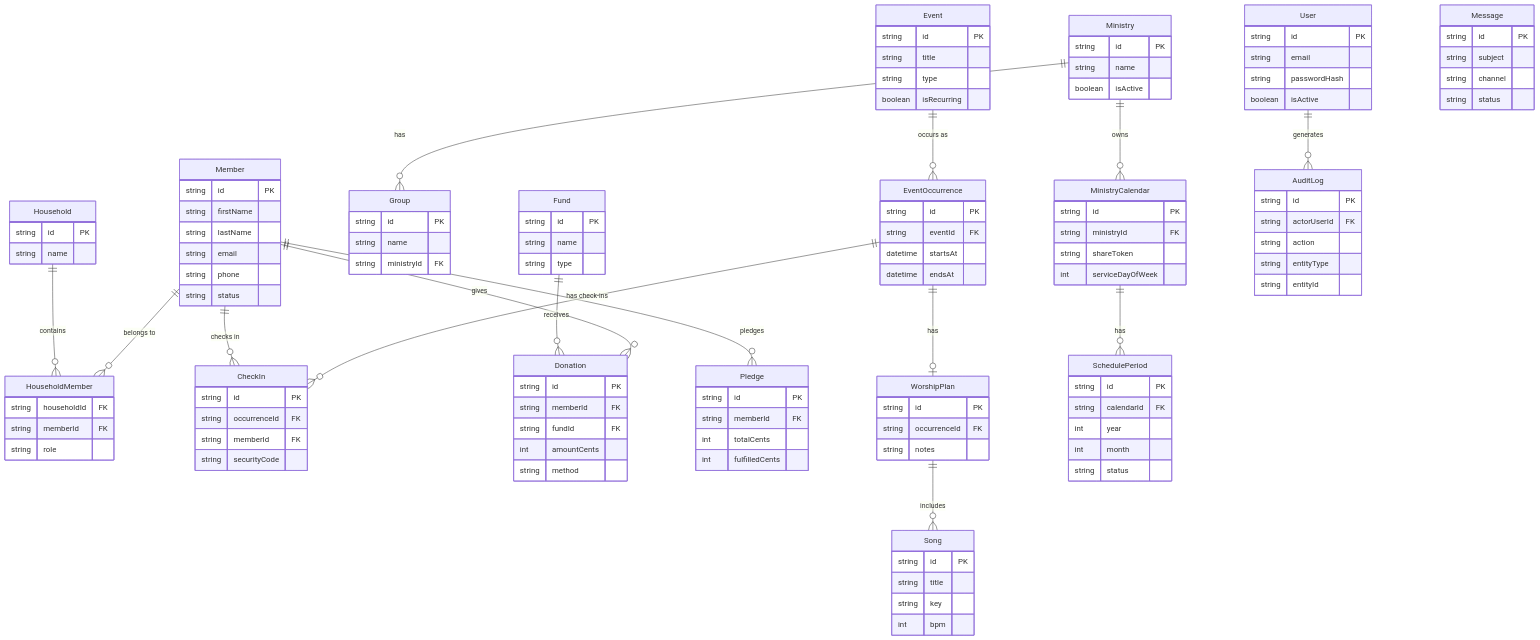
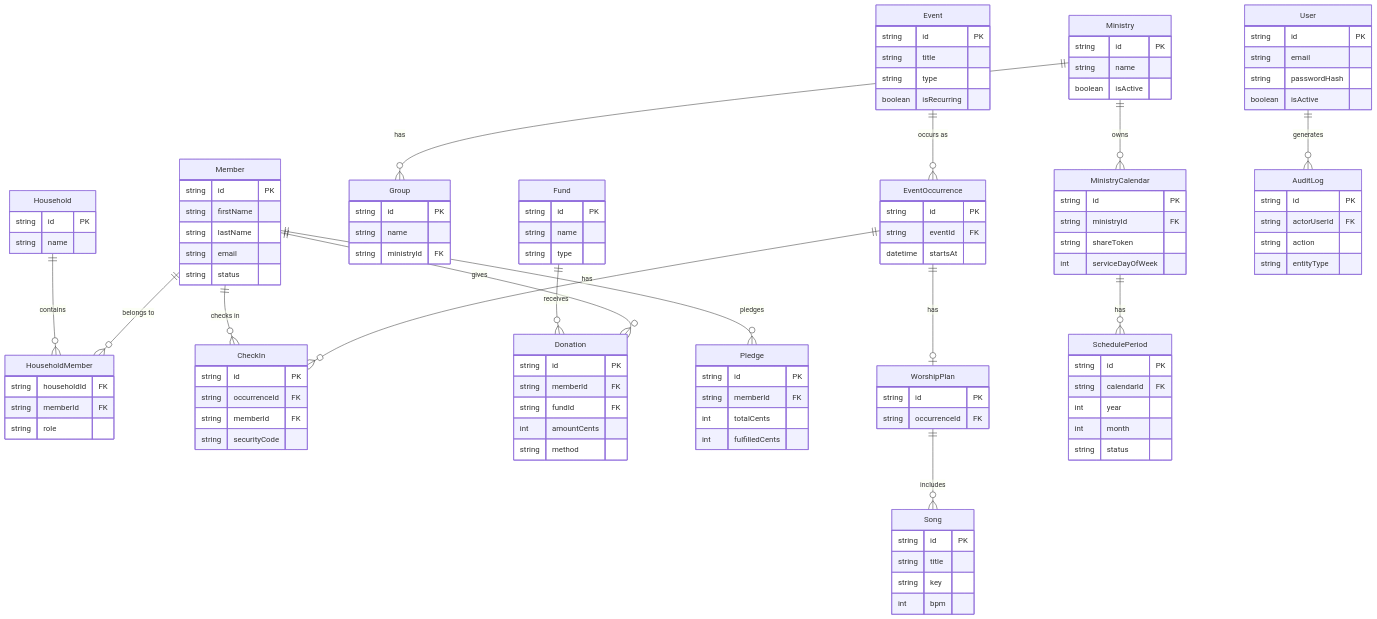
Before and after one commit to 24Skater/StewardChMS: the third of 7 diagrams in README.md, drawn with Mermaid. The commit also changed other lines of this file and 22 other files, not shown here.

```diff
--- a/README.md
+++ b/README.md
@@ -321,7 +297,6 @@
         string firstName
         string lastName
         string email
-        string phone
         string status
     }
     Household {
@@ -353,7 +328,6 @@
         string id PK
         string eventId FK
         datetime startsAt
-        datetime endsAt
     }
     CheckIn {
         string id PK
@@ -388,7 +362,6 @@
     WorshipPlan {
         string id PK
         string occurrenceId FK
-        string notes
     }
     MinistryCalendar {
         string id PK
@@ -403,25 +376,18 @@
         int month
         string status
     }
-    Message {
-        string id PK
-        string subject
-        string channel
-        string status
-    }
     AuditLog {
         string id PK
         string actorUserId FK
         string action
         string entityType
-        string entityId
     }
 
     Member ||--o{ HouseholdMember : "belongs to"
     Household ||--o{ HouseholdMember : "contains"
     Ministry ||--o{ Group : "has"
     Event ||--o{ EventOccurrence : "occurs as"
-    EventOccurrence ||--o{ CheckIn : "has check-ins"
+    EventOccurrence ||--o{ CheckIn : "has"
     Member ||--o{ CheckIn : "checks in"
     Member ||--o{ Donation : "gives"
     Fund ||--o{ Donation : "receives"
```
